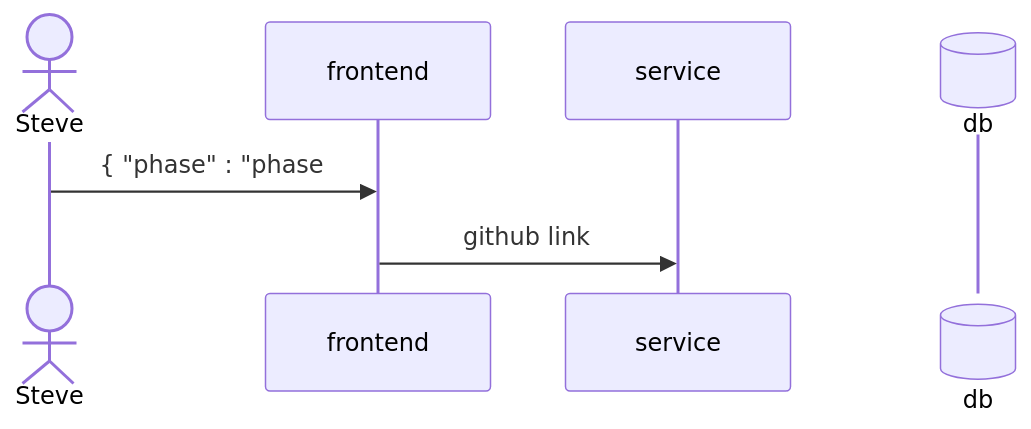
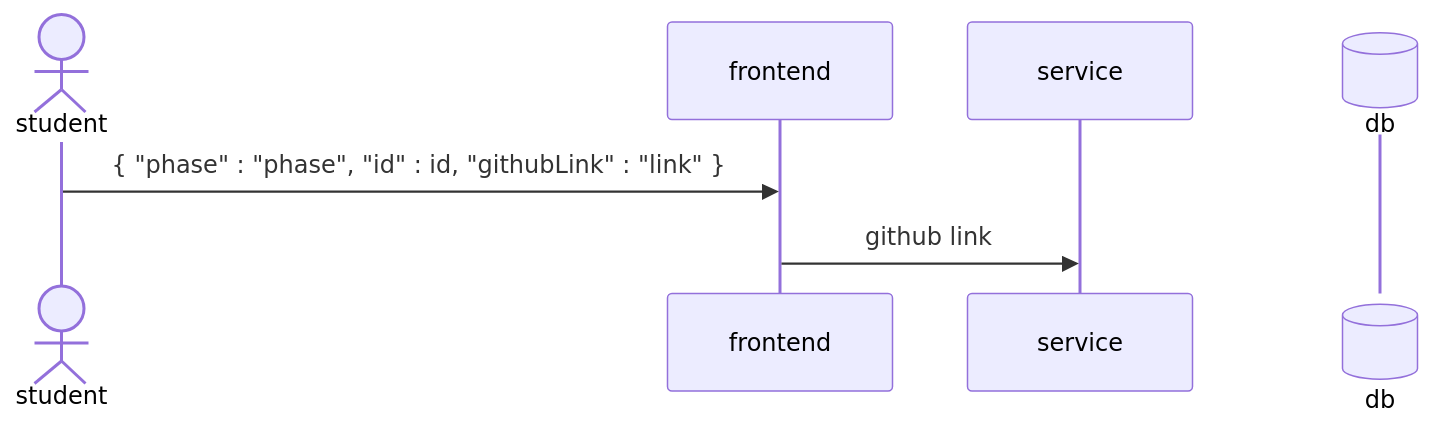
One commit to softwareconstruction240/autograder changed the diagram in docs/overall-grading-flow.md. Above: the diagram before and after it, drawn with Mermaid. The commit also changed other lines of this file and 1 other file, not shown here.

````diff
--- a/docs/overall-grading-flow.md
+++ b/docs/overall-grading-flow.md
@@ -7,9 +10,9 @@
 ```mermaid
 sequenceDiagram
-    actor Steve
+    actor student
     participant frontend
     participant service
     participant db@{ "type" : "database" }
-    Steve->>frontend: { "phase" : "phase#", "netid" : id, "githubLink" : "link" }
+    student->>frontend: { "phase" : "phase", "id" : id, "githubLink" : "link" }
     frontend->>service: github link
 ```
````
